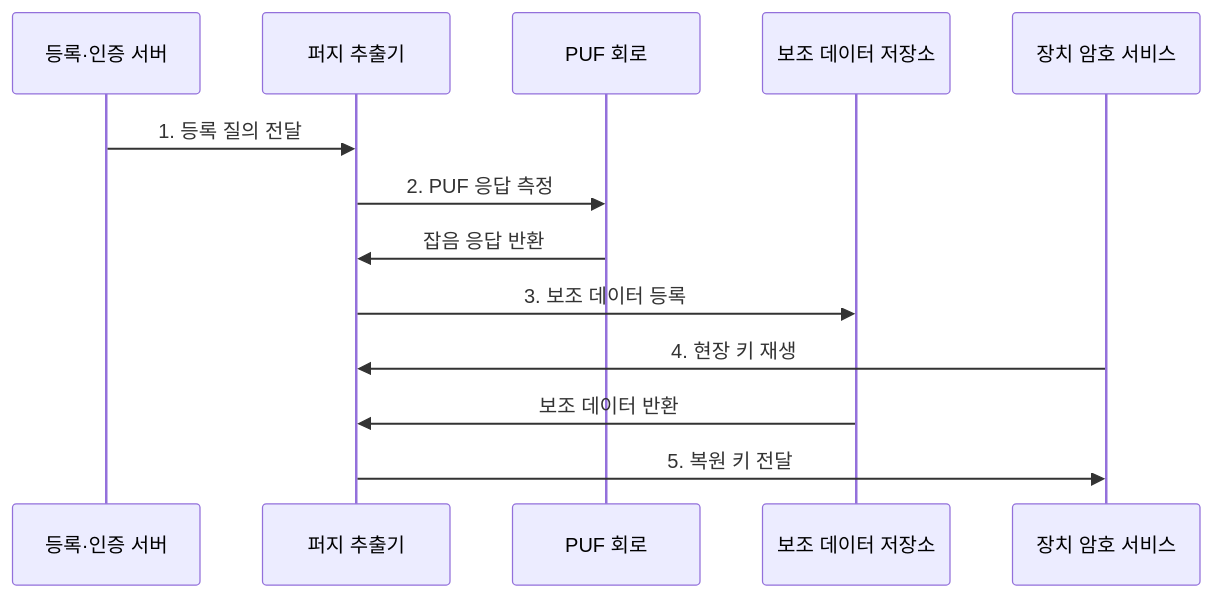
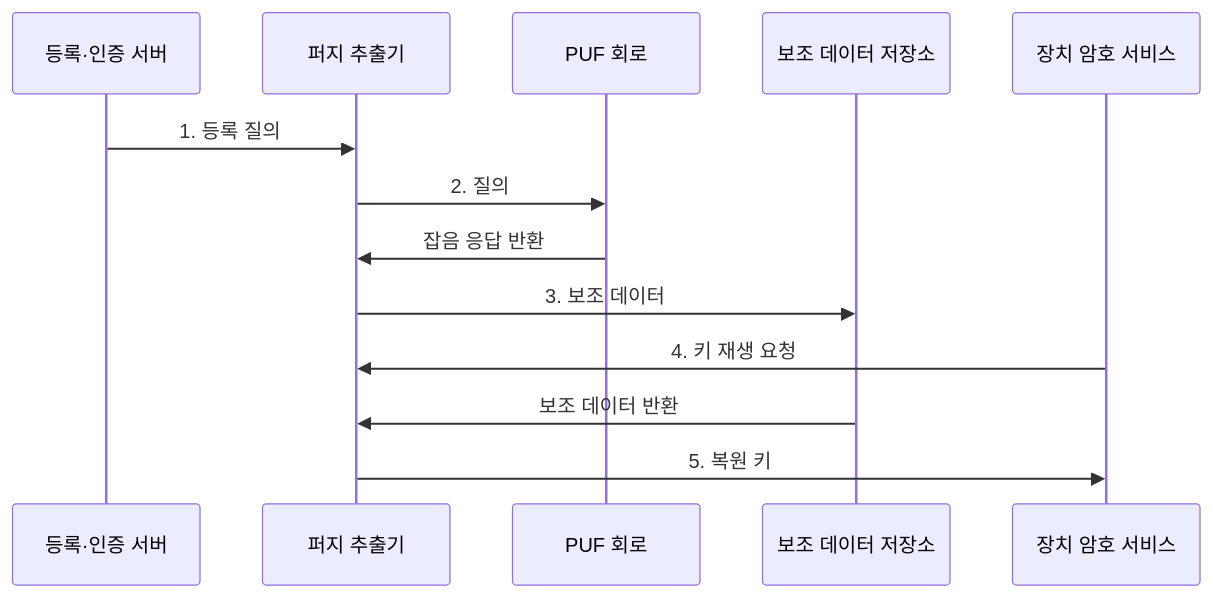
One commit to agnusdei1207/knowledge-base changed the second of 2 diagrams in src/content/docs/notes/02-hardware/070_physical_unclonable_function.md. Above: the diagram before and after it, drawn with Mermaid. The commit also changed other lines of this file and 20 other files, not shown here.

````diff
--- a/src/content/docs/notes/02-hardware/070_physical_unclonable_function.md
+++ b/src/content/docs/notes/02-hardware/070_physical_unclonable_function.md
@@ -90,16 +96,16 @@
 ```mermaid
 sequenceDiagram
     participant E as 등록·인증 서버
     participant F as 퍼지 추출기
     participant P as PUF 회로
     participant H as 보조 데이터 저장소
     participant C as 장치 암호 서비스
 
-    E->>F: 1. 등록 질의 전달
-    F->>P: 2. PUF 응답 측정
+    E->>F: 1. 등록 질의
+    F->>P: 2. 질의
     P->>F: 잡음 응답 반환
-    F->>H: 3. 보조 데이터 등록
-    C->>F: 4. 현장 키 재생
+    F->>H: 3. 보조 데이터
+    C->>F: 4. 키 재생 요청
     H->>F: 보조 데이터 반환
-    F->>C: 5. 복원 키 전달
+    F->>C: 5. 복원 키
 ```
````
